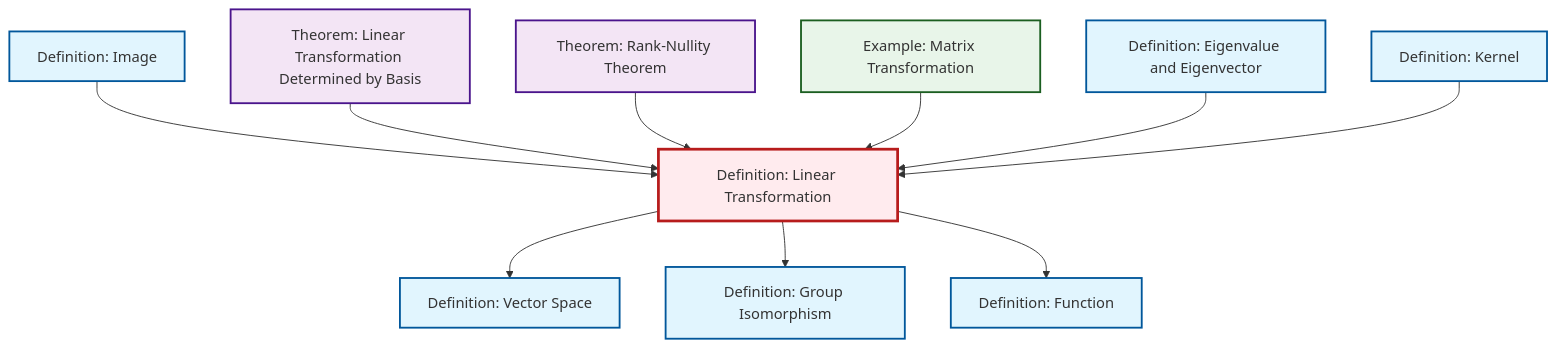
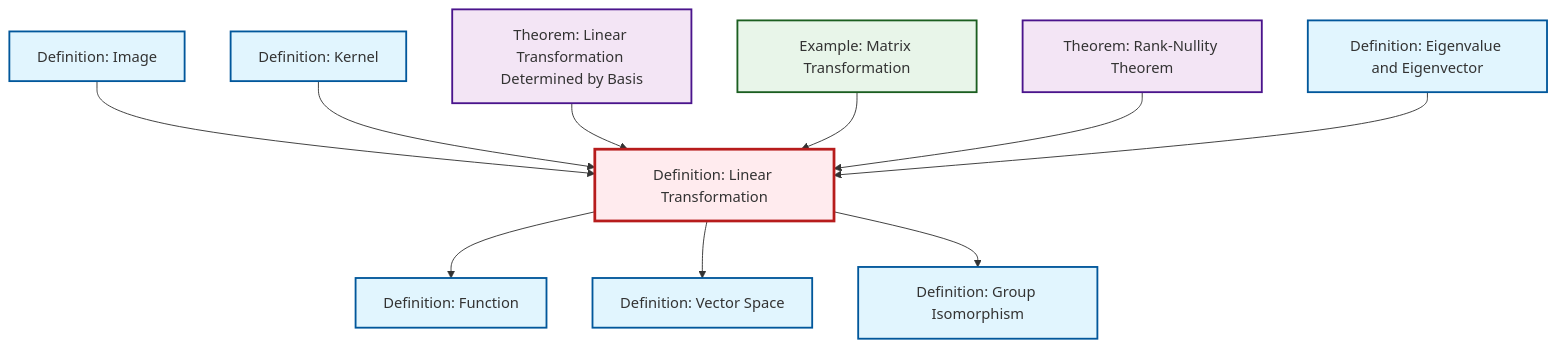
The diagram in content/ja/algebra/def-linear-transformation.qmd (RK0429/ModernMath), drawn with Mermaid before and after one commit. The commit also changed other lines of this file and 597 other files, not shown here.

````diff
--- a/content/ja/algebra/def-linear-transformation.qmd
+++ b/content/ja/algebra/def-linear-transformation.qmd
@@ -48,38 +48,38 @@
 ```{mermaid}
 %%| fig-cap: "Local dependency graph"
 graph TD
     classDef definition fill:#e1f5fe,stroke:#01579b,stroke-width:2px
     classDef theorem fill:#f3e5f5,stroke:#4a148c,stroke-width:2px
     classDef axiom fill:#fff3e0,stroke:#e65100,stroke-width:2px
     classDef example fill:#e8f5e9,stroke:#1b5e20,stroke-width:2px
     classDef current fill:#ffebee,stroke:#b71c1c,stroke-width:3px
+    thm-linear-transformation-basis["Theorem: Linear Transformation Determined by Basis"]:::theorem
+    ex-matrix-transformation["Example: Matrix Transformation"]:::example
+    thm-rank-nullity["Theorem: Rank-Nullity Theorem"]:::theorem
     def-vector-space["Definition: Vector Space"]:::definition
-    def-image["Definition: Image"]:::definition
-    ex-matrix-transformation["Example: Matrix Transformation"]:::example
     def-function["Definition: Function"]:::definition
-    thm-rank-nullity["Theorem: Rank-Nullity Theorem"]:::theorem
-    def-eigenvalue-eigenvector["Definition: Eigenvalue and Eigenvector"]:::definition
-    thm-linear-transformation-basis["Theorem: Linear Transformation Determined by Basis"]:::theorem
-    def-linear-transformation["Definition: Linear Transformation"]:::definition
     def-isomorphism["Definition: Group Isomorphism"]:::definition
     def-kernel["Definition: Kernel"]:::definition
+    def-linear-transformation["Definition: Linear Transformation"]:::definition
+    def-eigenvalue-eigenvector["Definition: Eigenvalue and Eigenvector"]:::definition
+    def-image["Definition: Image"]:::definition
+    def-linear-transformation --> def-function
+    def-image --> def-linear-transformation
+    def-kernel --> def-linear-transformation
     def-linear-transformation --> def-vector-space
-    def-image --> def-linear-transformation
     thm-linear-transformation-basis --> def-linear-transformation
+    ex-matrix-transformation --> def-linear-transformation
     thm-rank-nullity --> def-linear-transformation
-    ex-matrix-transformation --> def-linear-transformation
+    def-linear-transformation --> def-isomorphism
     def-eigenvalue-eigenvector --> def-linear-transformation
-    def-kernel --> def-linear-transformation
-    def-linear-transformation --> def-isomorphism
-    def-linear-transformation --> def-function
     class def-linear-transformation current
+    click thm-linear-transformation-basis "thm-linear-transformation-basis.html" "Theorem: Linear Transformation Determined by Basisへ"
+    click ex-matrix-transformation "ex-matrix-transformation.html" "Example: Matrix Transformationへ"
+    click thm-rank-nullity "thm-rank-nullity.html" "Theorem: Rank-Nullity Theoremへ"
     click def-vector-space "def-vector-space.html" "Definition: Vector Spaceへ"
-    click def-image "def-image.html" "Definition: Imageへ"
-    click ex-matrix-transformation "ex-matrix-transformation.html" "Example: Matrix Transformationへ"
     click def-function "def-function.html" "Definition: Functionへ"
-    click thm-rank-nullity "thm-rank-nullity.html" "Theorem: Rank-Nullity Theoremへ"
-    click def-eigenvalue-eigenvector "def-eigenvalue-eigenvector.html" "Definition: Eigenvalue and Eigenvectorへ"
-    click thm-linear-transformation-basis "thm-linear-transformation-basis.html" "Theorem: Linear Transformation Determined by Basisへ"
     click def-isomorphism "def-isomorphism.html" "Definition: Group Isomorphismへ"
     click def-kernel "def-kernel.html" "Definition: Kernelへ"
+    click def-eigenvalue-eigenvector "def-eigenvalue-eigenvector.html" "Definition: Eigenvalue and Eigenvectorへ"
+    click def-image "def-image.html" "Definition: Imageへ"
 ```
````
